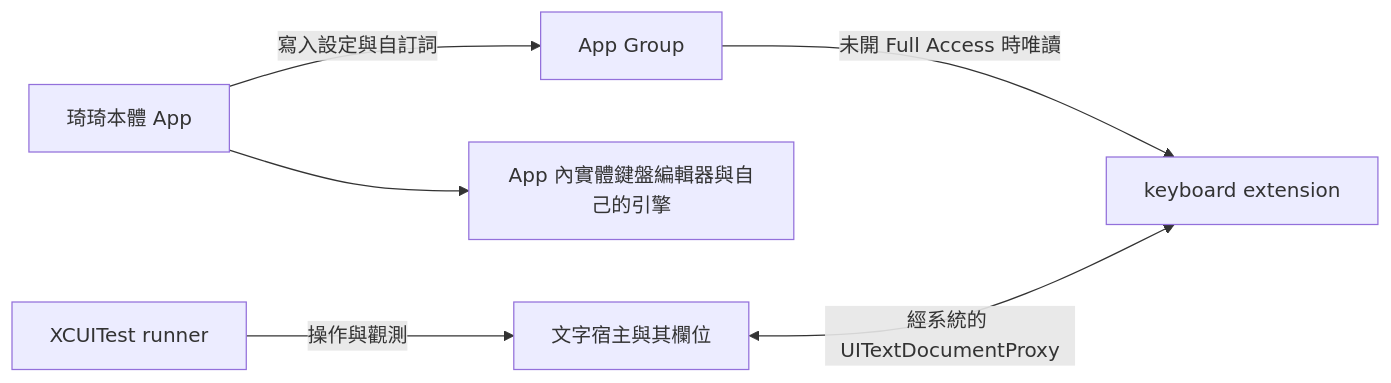
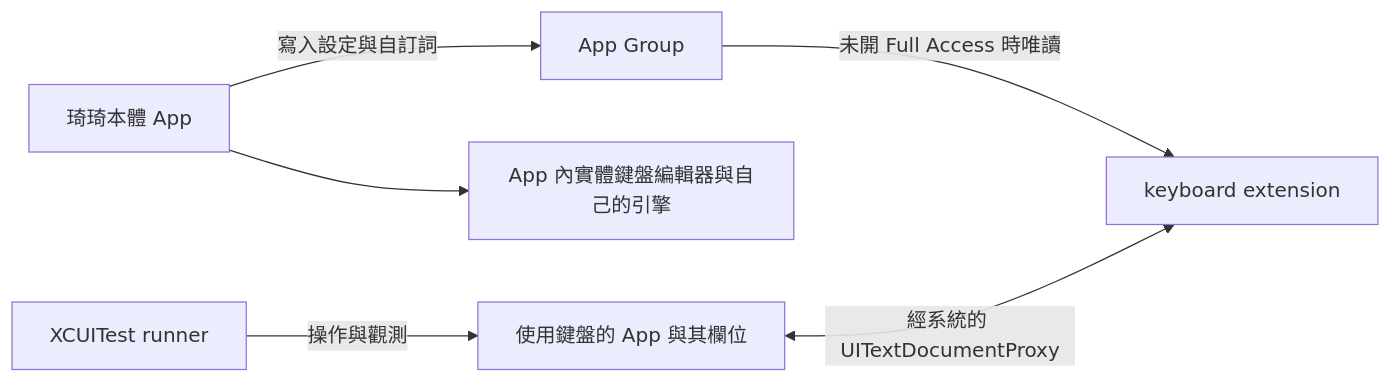
Before and after one commit to polobread/KeyKey: the diagram in docs/IOS_APP_EXTENSION_HOST_REVIEW.md, drawn with Mermaid. The commit also changed other lines of this file and 2 other files, not shown here.

Commit message:
Clarify app and input test page terminology in iOS review

````diff
--- a/docs/IOS_APP_EXTENSION_HOST_REVIEW.md
+++ b/docs/IOS_APP_EXTENSION_HOST_REVIEW.md
@@ -37,8 +39,8 @@
 ```mermaid
 flowchart LR
     A["琦琦本體 App"] -->|"寫入設定與自訂詞"| G["App Group"]
     G -->|"未開 Full Access 時唯讀"| K["keyboard extension"]
-    H["文字宿主與其欄位"] <-->|"經系統的 UITextDocumentProxy"| K
+    H["使用鍵盤的 App 與其欄位"] <-->|"經系統的 UITextDocumentProxy"| K
     T["XCUITest runner"] -->|"操作與觀測"| H
     A --> E["App 內實體鍵盤編輯器與自己的引擎"]
 ```
````
